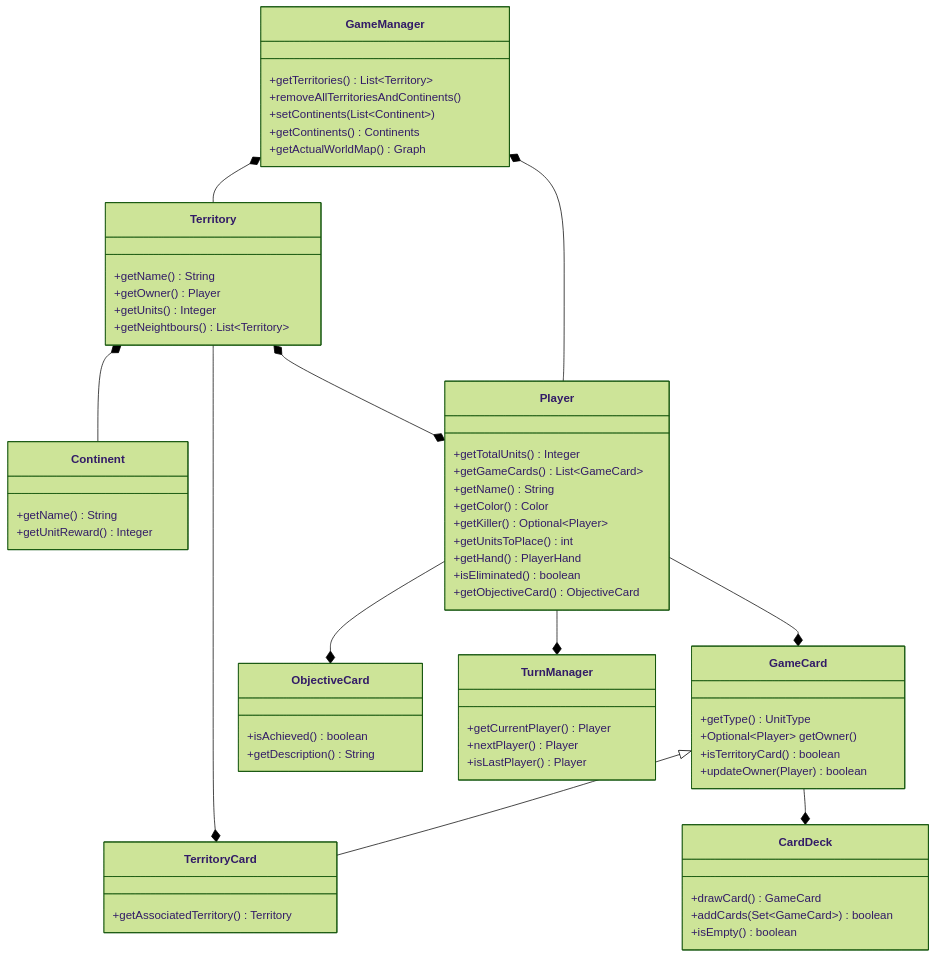
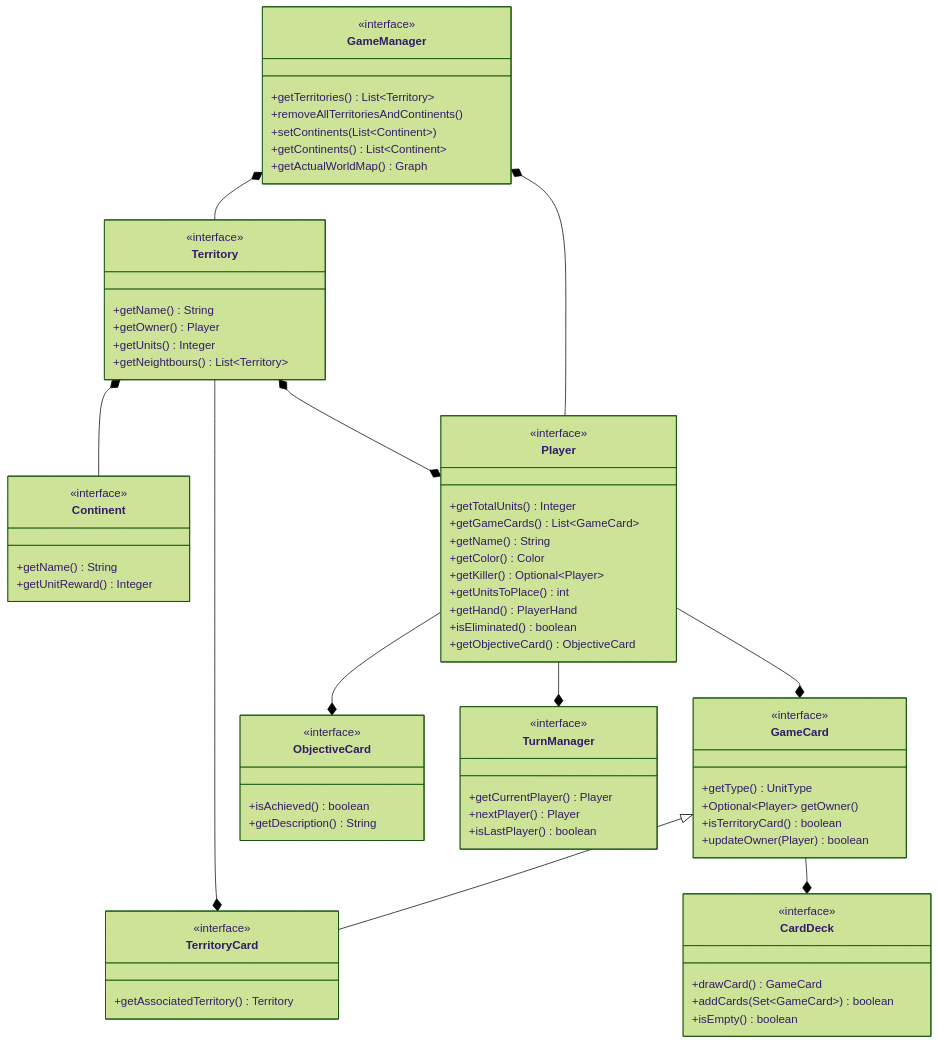
One commit to CarusoMatteo/RisikOOP changed the diagram in report/md/model-domain-uml.md. Above: the diagram before and after it, drawn with Mermaid (forest theme). The commit also changed 2 other files, not shown here.

Commit message:
added the uml for the mvc entrypoints

````diff
--- a/report/md/model-domain-uml.md
+++ b/report/md/model-domain-uml.md
@@ -1,74 +1,74 @@
 ```mermaid
 classDiagram
 direction BT
-    class GameManager {
+    class GameManager { <<interface>>
 	    +getTerritories() List~Territory~
 	    +removeAllTerritoriesAndContinents()
 	    +setContinents(List~Continent~)
-	    +getContinents() Continents
+	    +getContinents() List~Continent~
 	    +getActualWorldMap() Graph
     }
 
-    class Territory {
+    class Territory { <<interface>>
 	    +getName() String
 	    +getOwner() Player
 	    +getUnits() Integer
 	    +getNeightbours() List~Territory~
     }
 
-    class Continent {
+    class Continent { <<interface>>
 	    +getName() String
 	    +getUnitReward() Integer
     }
 
-    class Player {
+    class Player { <<interface>>
 	    +getTotalUnits() Integer 
 	    +getGameCards() List~GameCard~ 
 	    +getName() String 
 	    +getColor() Color 
 	    +getKiller() Optional~Player~ 
 	    +getUnitsToPlace() int 
 	    +getHand() PlayerHand 
 	    +isEliminated() boolean 
 	    +getObjectiveCard() ObjectiveCard 
     }
 
-    class GameCard {
+    class GameCard { <<interface>>
 	    +getType() UnitType
 	    +Optional~Player~ getOwner()
 	    +isTerritoryCard() boolean
 	    +updateOwner(Player) boolean 
     }
 
-    class CardDeck {
+    class CardDeck { <<interface>>
 	    +drawCard() GameCard 
 	    +addCards(Set~GameCard~) boolean 
 	    +isEmpty() boolean
     }
 
-    class ObjectiveCard {
+    class ObjectiveCard { <<interface>>
 	    +isAchieved() boolean
 	    +getDescription() String 
     }
 
-    class TerritoryCard {
+    class TerritoryCard { <<interface>>
 	    +getAssociatedTerritory() Territory
     }
 
-    class TurnManager {
+    class TurnManager { <<interface>>
 	    +getCurrentPlayer() Player 
 	    +nextPlayer() Player 
-	    +isLastPlayer() Player 
+	    +isLastPlayer() boolean  
     }
 
     Territory --* GameManager
     Player --* GameManager
     GameCard *-- Player
     ObjectiveCard *-- Player
     TerritoryCard --|> GameCard
     Player *--* Territory
     Continent --* Territory
     CardDeck *-- GameCard
     TurnManager *-- Player
     TerritoryCard *-- Territory
 ```
````
